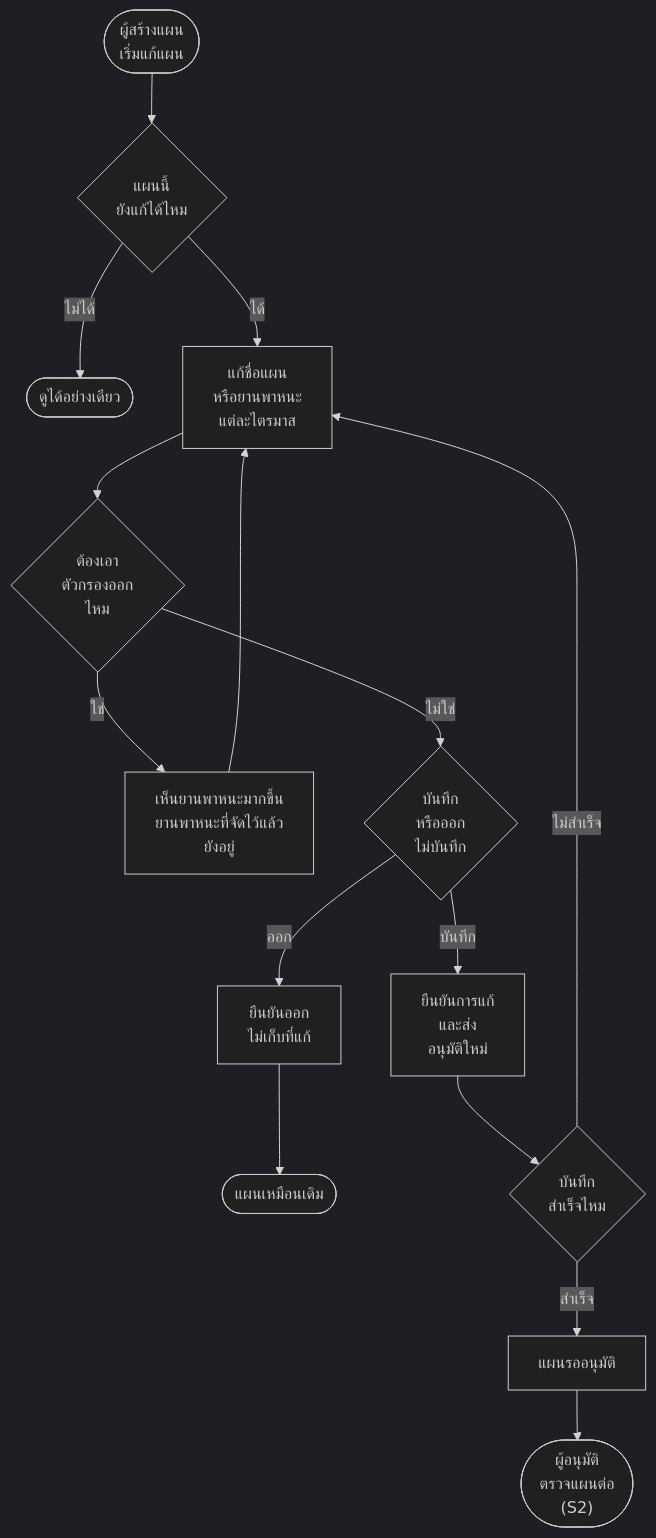
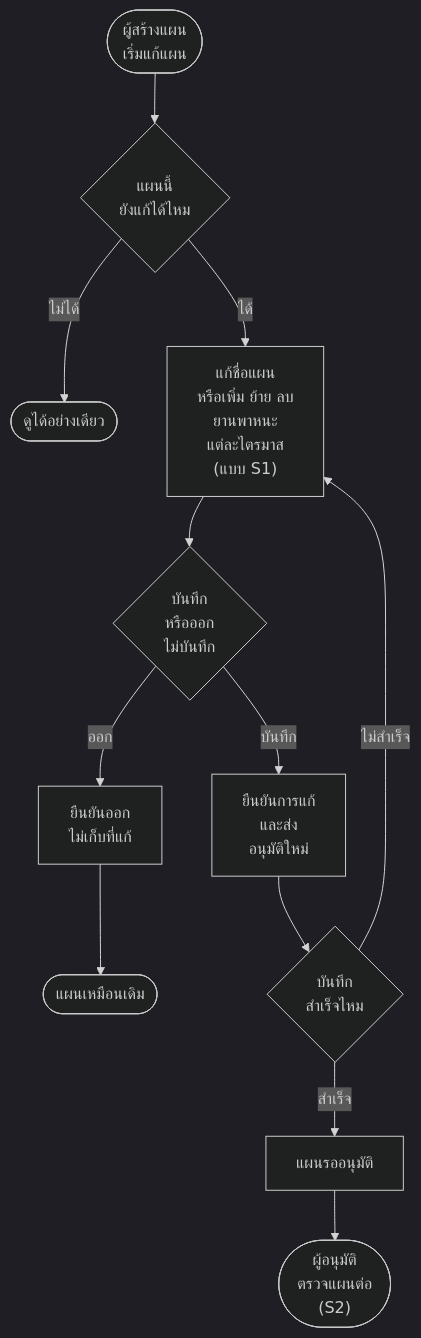
One commit to anugmail/Maintenance-Request-Form changed the third of 17 diagrams in Diagram/01-บำรุงรักษาตามวาระ/27-บำรุงรักษา-flowchart-กิจกรรม.md. Above: the diagram before and after it, drawn with Mermaid (dark theme). The commit also changed other lines of this file and 10 other files, not shown here.

````diff
--- a/Diagram/01-บำรุงรักษาตามวาระ/27-บำรุงรักษา-flowchart-กิจกรรม.md
+++ b/Diagram/01-บำรุงรักษาตามวาระ/27-บำรุงรักษา-flowchart-กิจกรรม.md
@@ -69,17 +69,14 @@
 ```mermaid
 flowchart TD
     S(["ผู้สร้างแผน<br/>เริ่มแก้แผน"]) --> Q1{"แผนนี้<br/>ยังแก้ได้ไหม"}
     Q1 -->|ไม่ได้| E1(["ดูได้อย่างเดียว"])
-    Q1 -->|ได้| A2["แก้ชื่อแผน<br/>หรือยานพาหนะ<br/>แต่ละไตรมาส"]
-    A2 --> Q2{"ต้องเอา<br/>ตัวกรองออก<br/>ไหม"}
-    Q2 -->|ใช่| A3["เห็นยานพาหนะมากขึ้น<br/>ยานพาหนะที่จัดไว้แล้ว<br/>ยังอยู่"]
-    A3 --> A2
-    Q2 -->|ไม่ใช่| Q3{"บันทึก<br/>หรือออก<br/>ไม่บันทึก"}
+    Q1 -->|ได้| A2["แก้ชื่อแผน<br/>หรือเพิ่ม ย้าย ลบ<br/>ยานพาหนะ<br/>แต่ละไตรมาส<br/>(แบบ S1)"]
+    A2 --> Q3{"บันทึก<br/>หรือออก<br/>ไม่บันทึก"}
     Q3 -->|ออก| A4["ยืนยันออก<br/>ไม่เก็บที่แก้"]
     A4 --> E2(["แผนเหมือนเดิม"])
     Q3 -->|บันทึก| A5["ยืนยันการแก้<br/>และส่ง<br/>อนุมัติใหม่"]
     A5 --> Q4{"บันทึก<br/>สำเร็จไหม"}
     Q4 -->|ไม่สำเร็จ| A2
     Q4 -->|สำเร็จ| A6["แผนรออนุมัติ"]
     A6 --> E3(["ผู้อนุมัติ<br/>ตรวจแผนต่อ<br/>(S2)"])
 ```
````
